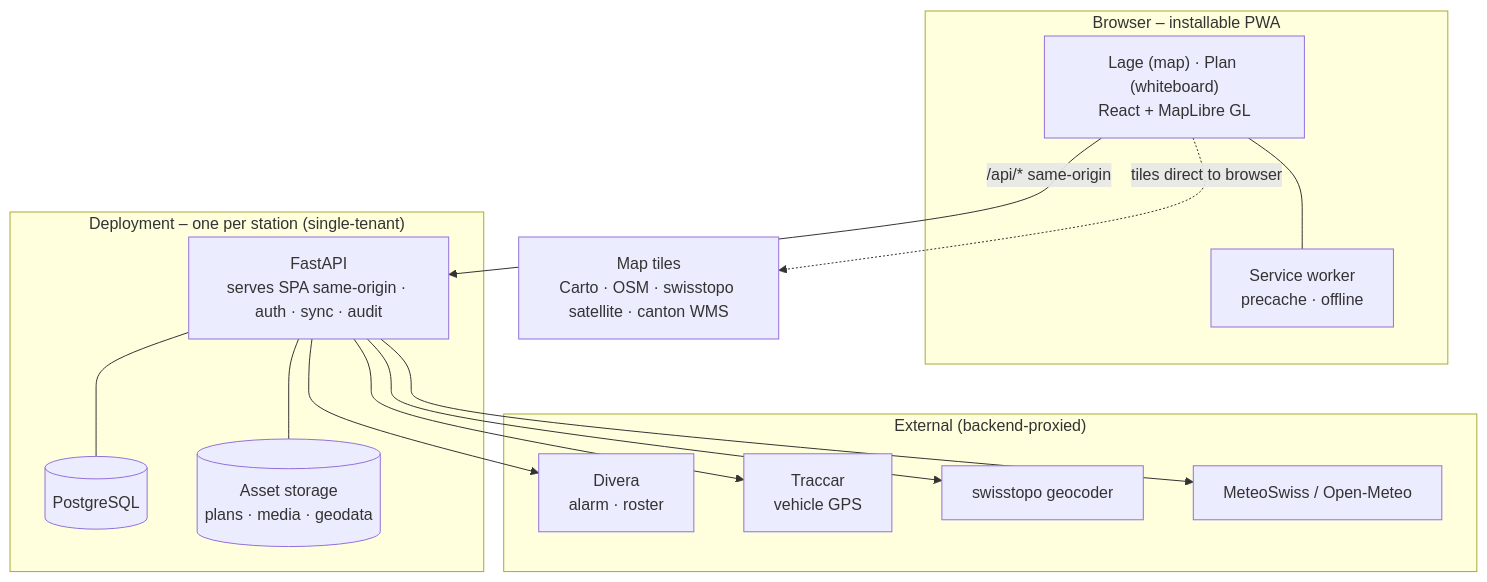
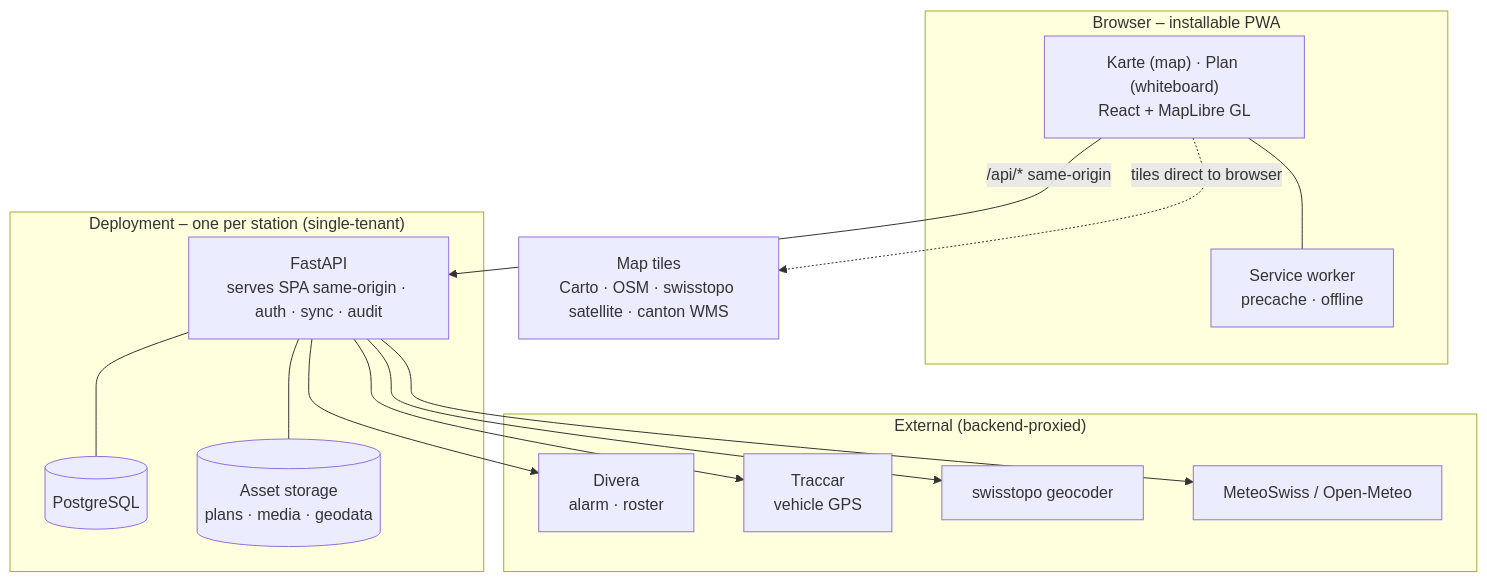
The diagram in README.md (feuerwehr-oberwil/kp-front), drawn with Mermaid before and after one commit. The commit also changed other lines of this file and 1 other file, not shown here.

````diff
--- a/README.md
+++ b/README.md
@@ -209,28 +215,28 @@
 ```mermaid
 flowchart TB
   subgraph CLIENT["Browser – installable PWA"]
-    UI["Lage (map) · Plan (whiteboard)<br/>React + MapLibre GL"]
+    UI["Karte (map) · Plan (whiteboard)<br/>React + MapLibre GL"]
     SW["Service worker<br/>precache · offline"]
     UI --- SW
   end
   subgraph DEP["Deployment – one per station (single-tenant)"]
     API["FastAPI<br/>serves SPA same-origin · auth · sync · audit"]
     DB[("PostgreSQL")]
     FILES[("Asset storage<br/>plans · media · geodata")]
     API --- DB
     API --- FILES
   end
   subgraph EXT["External (backend-proxied)"]
     DIV["Divera<br/>alarm · roster"]
     TRC["Traccar<br/>vehicle GPS"]
     GEO["swisstopo geocoder"]
     WX["MeteoSwiss / Open-Meteo"]
   end
   TILES["Map tiles<br/>Carto · OSM · swisstopo satellite · canton WMS"]
   UI -->|"/api/* same-origin"| API
   API --> DIV
   API --> TRC
   API --> GEO
   API --> WX
   UI -. "tiles direct to browser" .-> TILES
 ```
````
